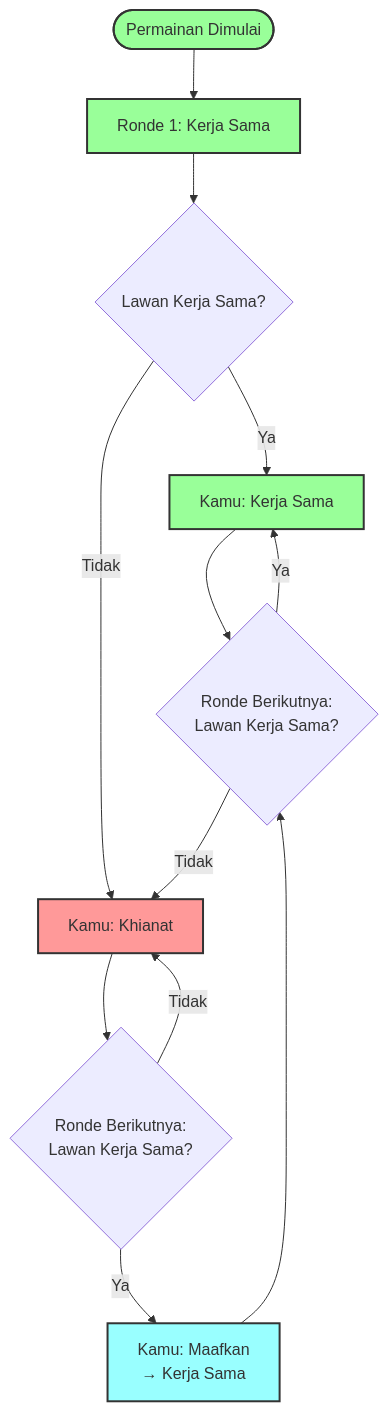
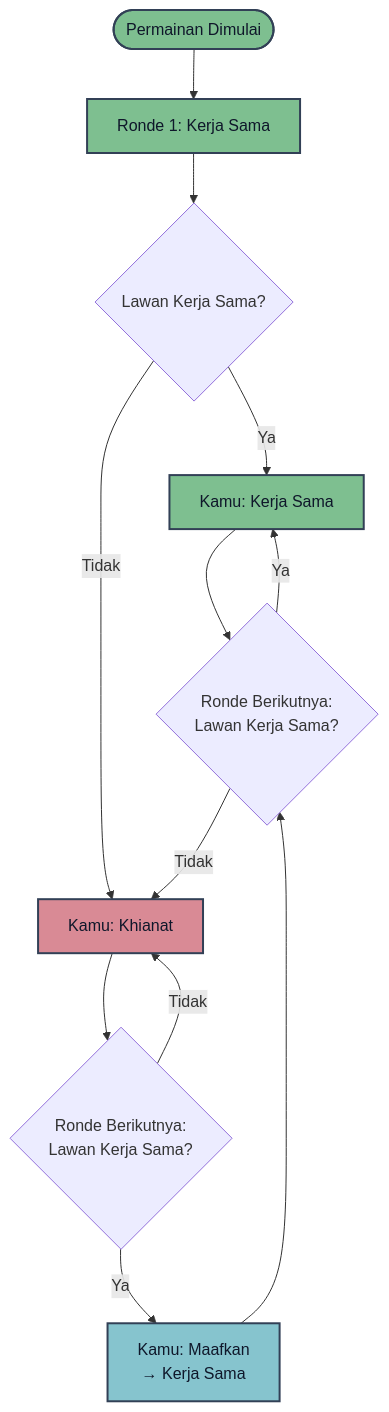
The fourth of 8 diagrams in src/content/writing/tit-for-tat-strategi-game-theory.mdx (dwirx/BangunAI-Blog), drawn with Mermaid before and after one commit. The commit also changed other lines of this file and 1 other file, not shown here.

Commit message:
fix(mermaid): improve dark mode label contrast and node palette

````diff
--- a/src/content/writing/tit-for-tat-strategi-game-theory.mdx
+++ b/src/content/writing/tit-for-tat-strategi-game-theory.mdx
@@ -211,25 +211,25 @@
 ```mermaid
 flowchart TD
     Start([Permainan Dimulai]) --> First[Ronde 1: Kerja Sama]
     First --> Check{Lawan Kerja Sama?}
     
     Check -->|Ya| Coop[Kamu: Kerja Sama]
     Check -->|Tidak| Defect[Kamu: Khianat]
     
     Coop --> NextCheck{Ronde Berikutnya:<br/>Lawan Kerja Sama?}
     Defect --> NextCheck2{Ronde Berikutnya:<br/>Lawan Kerja Sama?}
     
     NextCheck -->|Ya| Coop
     NextCheck -->|Tidak| Defect
     
     NextCheck2 -->|Ya| Forgive[Kamu: Maafkan<br/>→ Kerja Sama]
     NextCheck2 -->|Tidak| Defect
     
     Forgive --> NextCheck
     
-    style Start fill:#9f9,stroke:#333,stroke-width:2px
-    style First fill:#9f9,stroke:#333,stroke-width:2px
-    style Coop fill:#9f9,stroke:#333,stroke-width:2px
-    style Defect fill:#f99,stroke:#333,stroke-width:2px
-    style Forgive fill:#9ff,stroke:#333,stroke-width:2px
+    style Start fill:#7ebf90,stroke:#324056,stroke-width:2px,color:#0f172a
+    style First fill:#7ebf90,stroke:#324056,stroke-width:2px,color:#0f172a
+    style Coop fill:#7ebf90,stroke:#324056,stroke-width:2px,color:#0f172a
+    style Defect fill:#d98a95,stroke:#324056,stroke-width:2px,color:#0f172a
+    style Forgive fill:#86c4ce,stroke:#324056,stroke-width:2px,color:#0f172a
 ```
````
